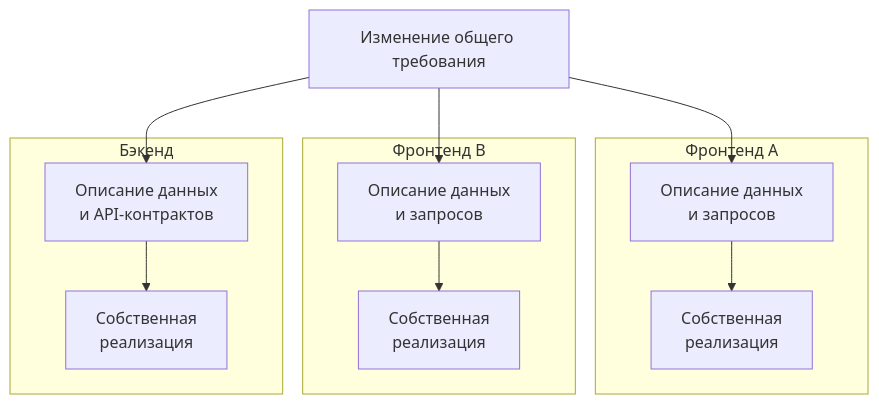
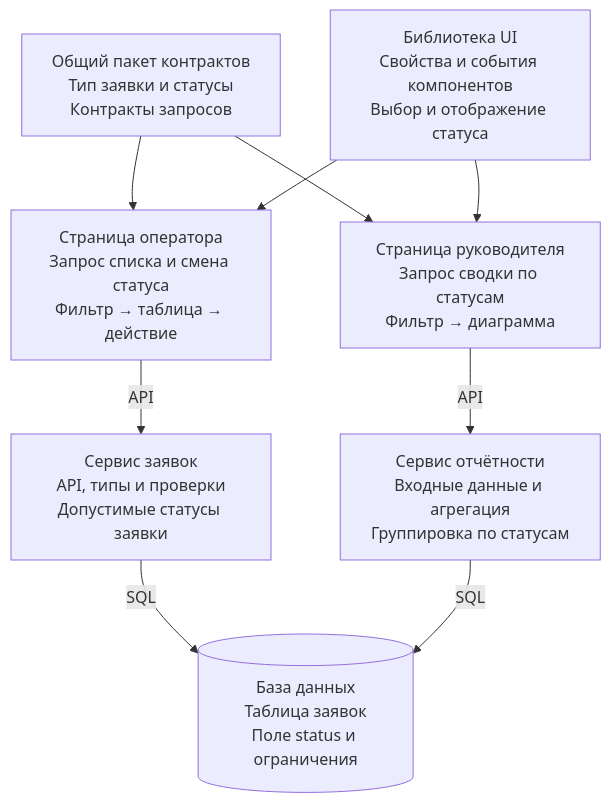
One commit to endge-lab/configurator-docs changed the first of 3 diagrams in docs/index.md. Above: the diagram before and after it, drawn with Mermaid. The commit also changed other lines of this file and 2 other files, not shown here.

````diff
--- a/docs/index.md
+++ b/docs/index.md
@@ -43,20 +45,21 @@
 ```mermaid
 flowchart TB
-  CHANGE["Изменение общего требования"] --> D1
-  CHANGE --> D2
-  CHANGE --> D3
+  CONTRACTS["Общий пакет контрактов<br/>Тип заявки и статусы<br/>Контракты запросов"]
+  UI["Библиотека UI<br/>Свойства и события компонентов<br/>Выбор и отображение статуса"]
 
-  subgraph FRONT_A["Фронтенд A"]
-    D1["Описание данных<br/>и запросов"] --> I1["Собственная<br/>реализация"]
-  end
-  subgraph FRONT_B["Фронтенд B"]
-    D2["Описание данных<br/>и запросов"] --> I2["Собственная<br/>реализация"]
-  end
-  subgraph BACK["Бэкенд"]
-    D3["Описание данных<br/>и API-контрактов"] --> I3["Собственная<br/>реализация"]
-  end
+  OPERATOR["Страница оператора<br/>Запрос списка и смена статуса<br/>Фильтр → таблица → действие"]
+  MANAGER["Страница руководителя<br/>Запрос сводки по статусам<br/>Фильтр → диаграмма"]
 
-  class CHANGE endgeInput
-  class D1,D2,D3 endgeRegistry
-  class I1,I2,I3 endgePackage
+  REQUESTS["Сервис заявок<br/>API, типы и проверки<br/>Допустимые статусы заявки"]
+  REPORTS["Сервис отчётности<br/>Входные данные и агрегация<br/>Группировка по статусам"]
+  DB[("База данных<br/>Таблица заявок<br/>Поле status и ограничения")]
+
+  CONTRACTS --> OPERATOR & MANAGER
+  UI --> OPERATOR & MANAGER
+  OPERATOR -->|API| REQUESTS
+  MANAGER -->|API| REPORTS
+  REQUESTS -->|SQL| DB
+  REPORTS -->|SQL| DB
+
+  class CONTRACTS,UI,OPERATOR,MANAGER,REQUESTS,REPORTS,DB endgeRegistry
 ```
````
